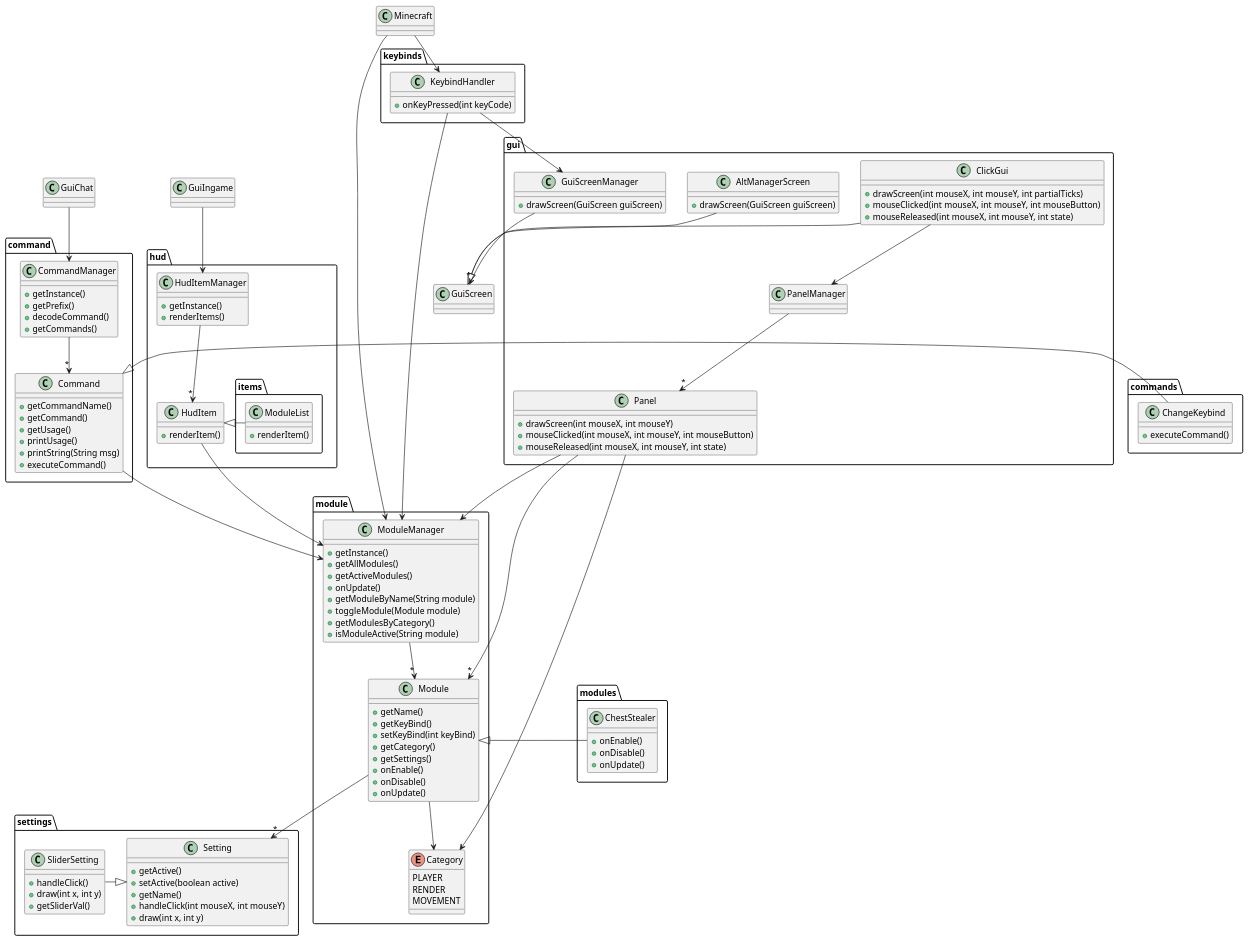
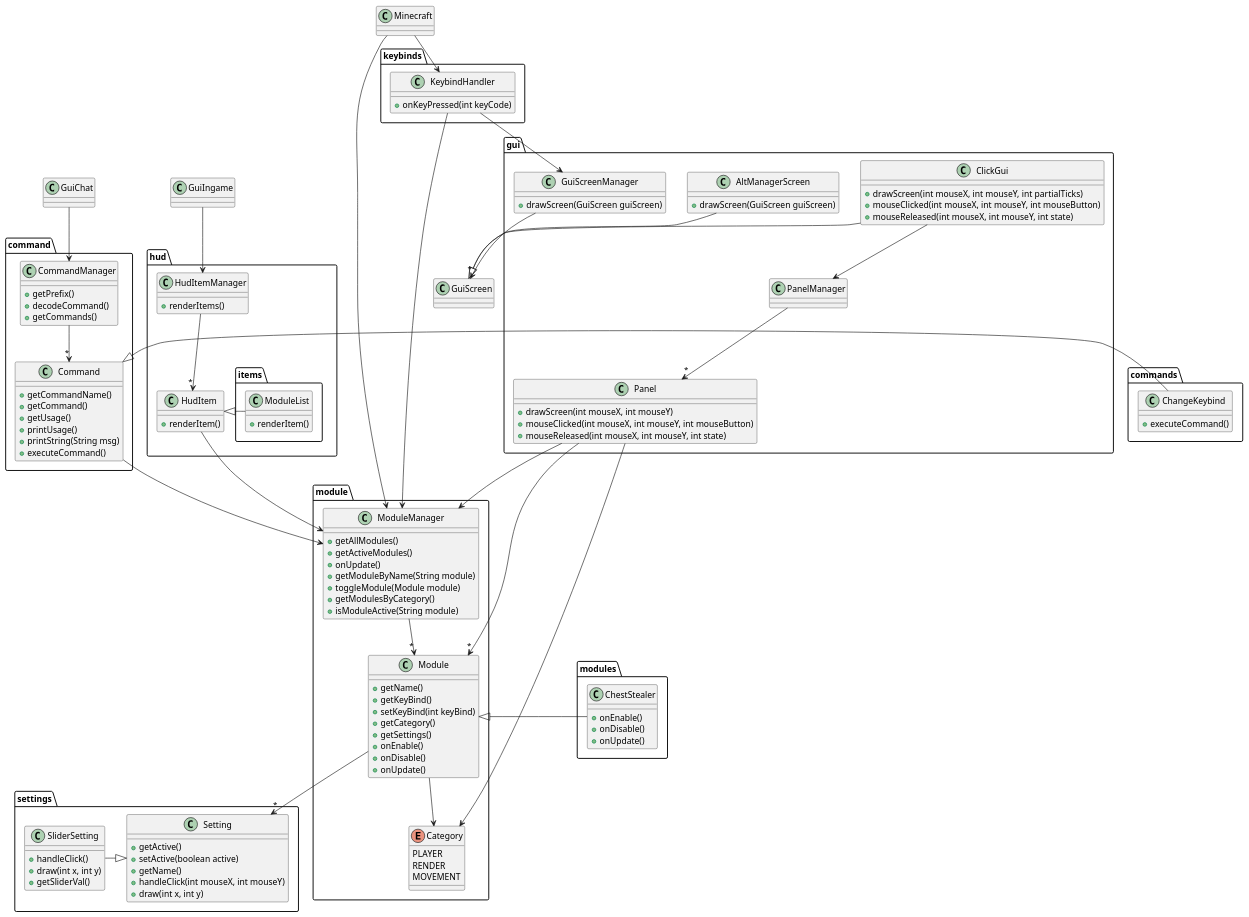
The diagram in jetclient/docs/jetclient.puml (philipp-sebastian/jetclient), drawn with PlantUML before and after one commit. The commit also changed 2 other files, not shown here.

```diff
--- a/jetclient/docs/jetclient.puml
+++ b/jetclient/docs/jetclient.puml
@@ -1,163 +1,160 @@
 @startuml
 
 class Minecraft
 class GuiScreen
 class GuiChat
 class GuiIngame
 
 namespace command {
 class Command {
     + getCommandName()
     + getCommand()
     + getUsage()
     + printUsage()
     + printString(String msg)
     + executeCommand()
 }
 
 class CommandManager {
-    + getInstance()
     + getPrefix()
     + decodeCommand()
     + getCommands()
 }
 }
 
 namespace commands {
 class ChangeKeybind {
     + executeCommand()
 }
 }
 
 namespace gui {
 class Panel {
     + drawScreen(int mouseX, int mouseY)
     + mouseClicked(int mouseX, int mouseY, int mouseButton)
     + mouseReleased(int mouseX, int mouseY, int state)
 }
 
 class PanelManager {
 
 }
 
 class ClickGui {
     + drawScreen(int mouseX, int mouseY, int partialTicks)
     + mouseClicked(int mouseX, int mouseY, int mouseButton)
     + mouseReleased(int mouseX, int mouseY, int state)
 }
 
 class AltManagerScreen {
     + drawScreen(GuiScreen guiScreen)
 }
 
 class GuiScreenManager {
     + drawScreen(GuiScreen guiScreen)
 }
 }
 
 namespace hud {
 class HudItem {
     + renderItem()
 }
 
 namespace items {
 class ModuleList {
     + renderItem()
 }
 }
 
 class HudItemManager {
-    + getInstance()
     + renderItems()
 }
 }
 
 namespace keybinds {
 class KeybindHandler {
     + onKeyPressed(int keyCode)
 }
 }
 
 namespace module {
 class Module {
     + getName()
     + getKeyBind()
     + setKeyBind(int keyBind)
     + getCategory()
     + getSettings()
     + onEnable()
     + onDisable()
     + onUpdate()
 }
 
 class ModuleManager {
-    + getInstance()
     + getAllModules()
     + getActiveModules()
     + onUpdate()
     + getModuleByName(String module)
     + toggleModule(Module module)
     + getModulesByCategory()
     + isModuleActive(String module)
 }
 
 enum Category {
     PLAYER
     RENDER
     MOVEMENT
 }
 }
 
 namespace modules {
 class ChestStealer {
     + onEnable()
     + onDisable()
     + onUpdate()
 }
 }
 
 namespace settings {
 class Setting {
     + getActive()
     + setActive(boolean active)
     + getName()
     + handleClick(int mouseX, int mouseY)
     + draw(int x, int y)
 }
 }
 
 namespace settings {
 class SliderSetting {
     + handleClick()
     + draw(int x, int y)
     + getSliderVal()
 }
 }
 
 Minecraft --> ModuleManager
 Minecraft --> KeybindHandler
 GuiChat --> CommandManager
 GuiIngame --> HudItemManager
 GuiScreenManager --> "*" GuiScreen
 ClickGui -|> GuiScreen
 AltManagerScreen -|> GuiScreen
 ModuleManager --> "*" Module
 Module --> Category
 Module --> "*" Setting
 KeybindHandler --> ModuleManager
 KeybindHandler --> GuiScreenManager
 Panel --> "*" Module
 Panel --> Category
 ClickGui --> PanelManager
 PanelManager --> "*" Panel
 Panel --> ModuleManager
 HudItem --> ModuleManager
 HudItemManager --> "*" HudItem
 CommandManager --> "*" Command
 Command --> ModuleManager
 ChangeKeybind -|> Command
 ModuleList -|> HudItem
 ChestStealer -|> Module
 SliderSetting -|> Setting
 
 @enduml
```
